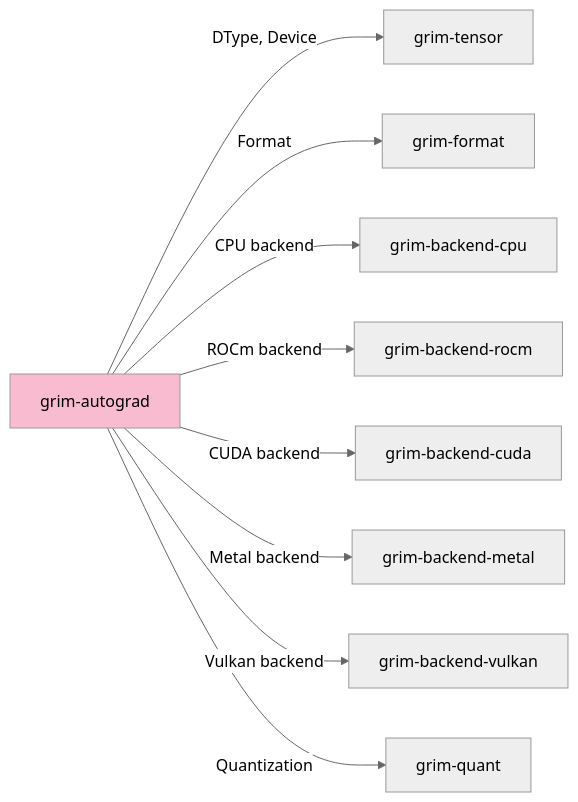
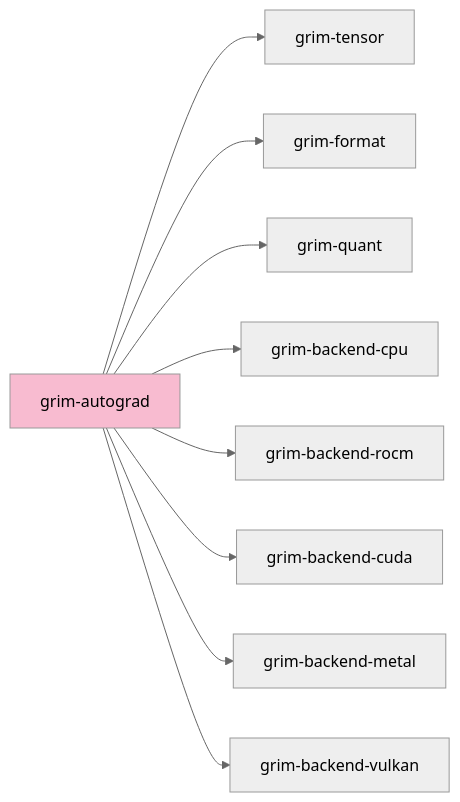
The diagram in crates/grim-autograd/README.md (sydonayrex/grim), drawn with Mermaid (neutral theme) before and after one commit. The commit also changed other lines of this file and 55 other files, not shown here.

````diff
--- a/crates/grim-autograd/README.md
+++ b/crates/grim-autograd/README.md
@@ -22,13 +18,13 @@
 ```mermaid
 graph LR
-    A[grim-autograd] -->|DType, Device| B[grim-tensor]
-    A -->|Format| C[grim-format]
-    A -->|CPU backend| D[grim-backend-cpu]
-    A -->|ROCm backend| E[grim-backend-rocm]
-    A -->|CUDA backend| F[grim-backend-cuda]
-    A -->|Metal backend| G[grim-backend-metal]
-    A -->|Vulkan backend| H[grim-backend-vulkan]
-    A -->|Quantization| I[grim-quant]
-    
+    A[grim-autograd] --> B[grim-tensor]
+    A --> C[grim-format]
+    A --> D[grim-quant]
+    A --> E[grim-backend-cpu]
+    A --> F[grim-backend-rocm]
+    A --> G[grim-backend-cuda]
+    A --> H[grim-backend-metal]
+    A --> I[grim-backend-vulkan]
+
     style A fill:#f8bbd0
 ```
````
